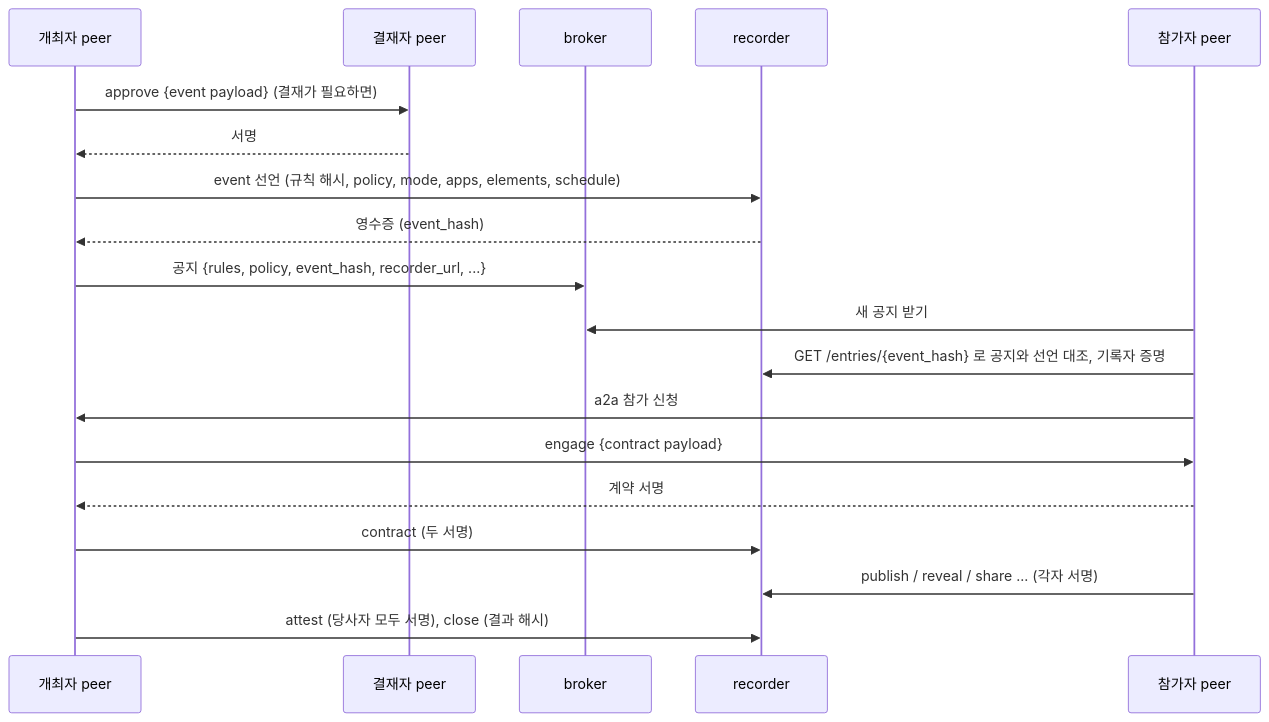
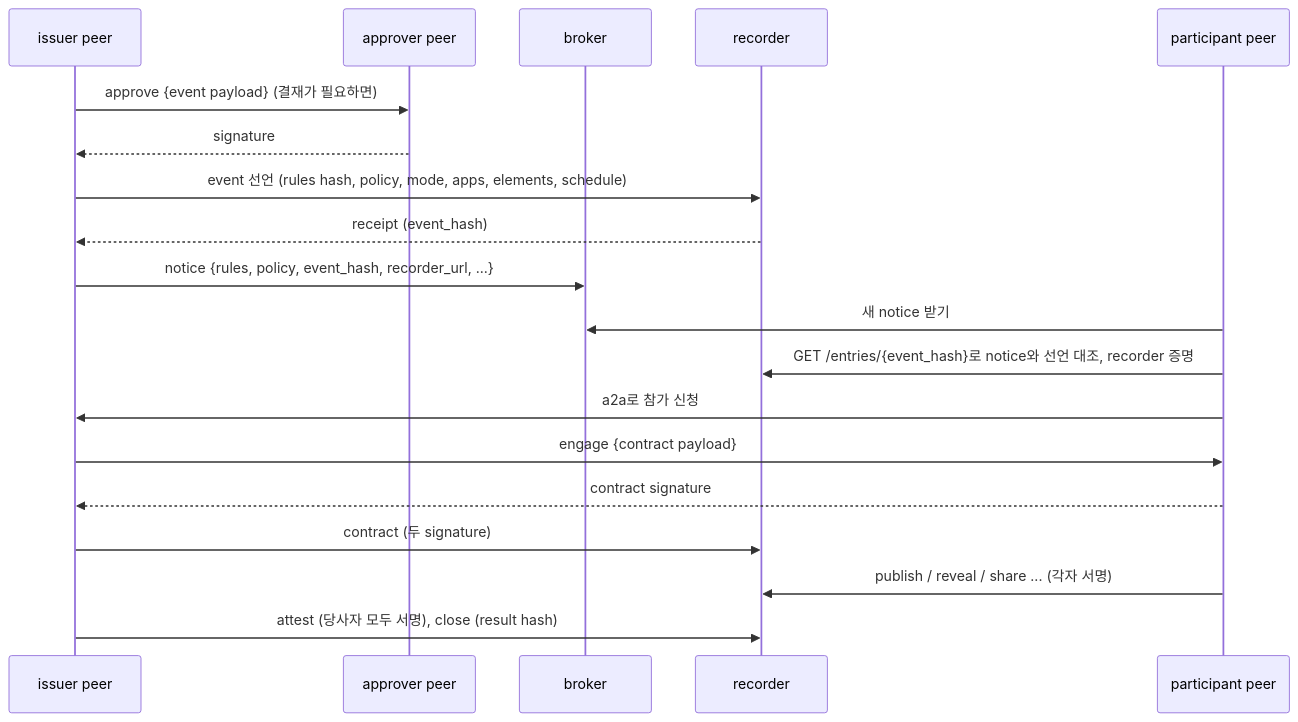
Diagram 16 of 31 in docs/education.md (tanminkwan/share-ur-tokens), drawn with Mermaid before and after one commit. The commit also changed other lines of this file and 27 other files, not shown here.

````diff
--- a/docs/education.md
+++ b/docs/education.md
@@ -397,21 +413,21 @@
 ```mermaid
 sequenceDiagram
-    participant I as 개최자 peer
-    participant AP as 결재자 peer
+    participant I as issuer peer
+    participant AP as approver peer
     participant B as broker
     participant R as recorder
-    participant J as 참가자 peer
+    participant J as participant peer
     I->>AP: approve {event payload} (결재가 필요하면)
-    AP-->>I: 서명
-    I->>R: event 선언 (규칙 해시, policy, mode, apps, elements, schedule)
-    R-->>I: 영수증 (event_hash)
-    I->>B: 공지 {rules, policy, event_hash, recorder_url, ...}
-    J->>B: 새 공지 받기
-    J->>R: GET /entries/{event_hash} 로 공지와 선언 대조, 기록자 증명
-    J->>I: a2a 참가 신청
+    AP-->>I: signature
+    I->>R: event 선언 (rules hash, policy, mode, apps, elements, schedule)
+    R-->>I: receipt (event_hash)
+    I->>B: notice {rules, policy, event_hash, recorder_url, ...}
+    J->>B: 새 notice 받기
+    J->>R: GET /entries/{event_hash}로 notice와 선언 대조, recorder 증명
+    J->>I: a2a로 참가 신청
     I->>J: engage {contract payload}
-    J-->>I: 계약 서명
-    I->>R: contract (두 서명)
+    J-->>I: contract signature
+    I->>R: contract (두 signature)
     J->>R: publish / reveal / share ... (각자 서명)
-    I->>R: attest (당사자 모두 서명), close (결과 해시)
+    I->>R: attest (당사자 모두 서명), close (result hash)
 ```
````
